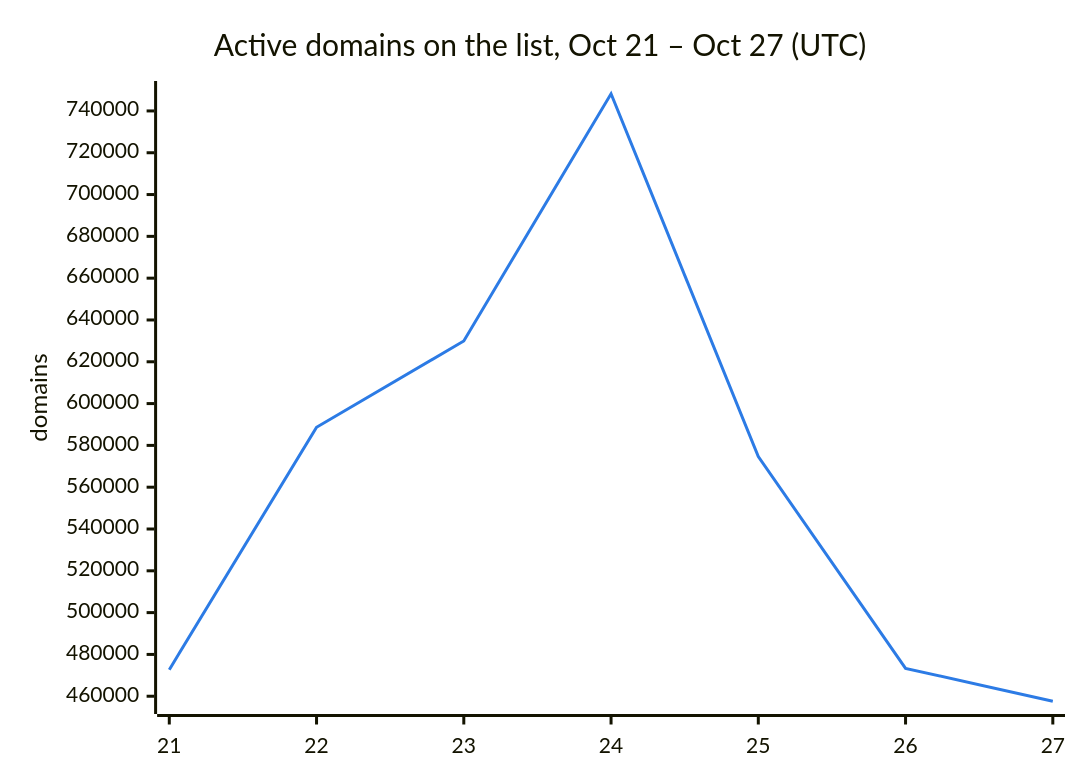
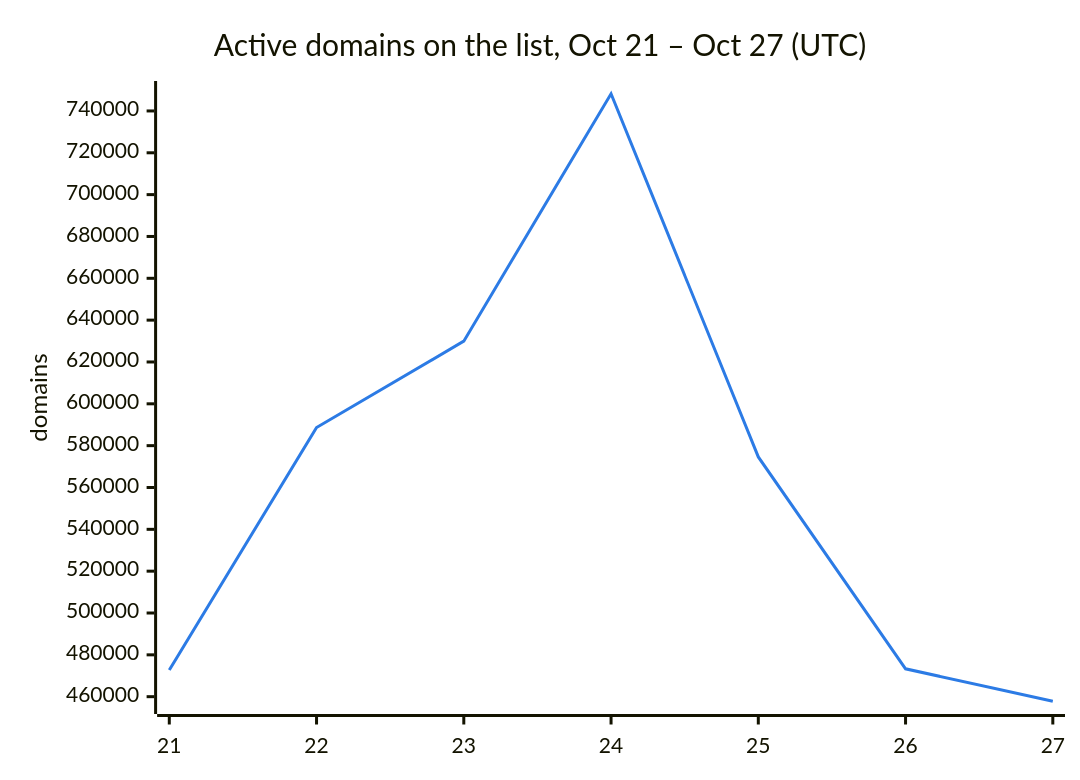
One commit to DNSBunker/CTI changed the second of 3 diagrams in README.md. Above: the diagram before and after it, drawn with Mermaid. The commit also changed other lines of this file and 3 other files, not shown here.

````diff
--- a/README.md
+++ b/README.md
@@ -38,8 +38,8 @@
 ```mermaid
 %%{init: {"themeVariables": {"xyChart": {"plotColorPalette": "#2c7be5"}}}}%%
 xychart-beta
     title "Active domains on the list, Oct 21 – Oct 27 (UTC)"
     x-axis ["21", "22", "23", "24", "25", "26", "27"]
     y-axis "domains"
-    line [472713, 588659, 629951, 748222, 574614, 473331, 457599]
+    line [472713, 588659, 629951, 748222, 574614, 473331, 457815]
 ```
````
